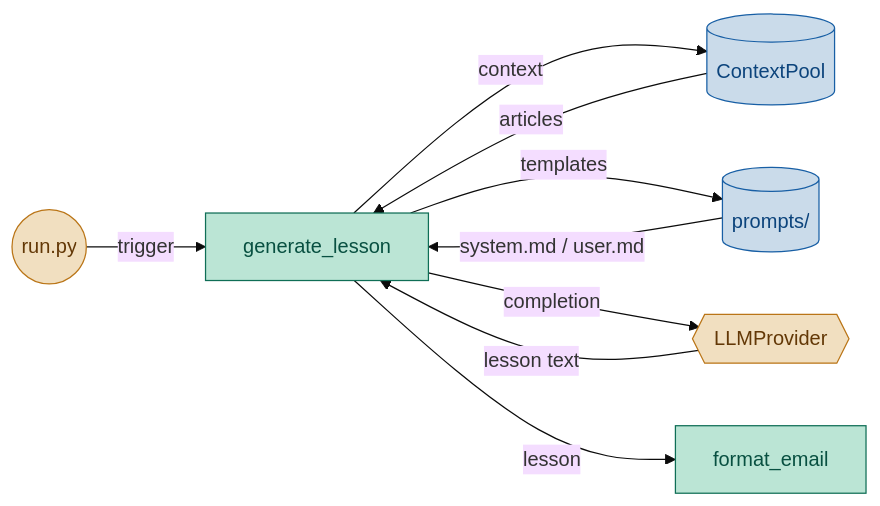
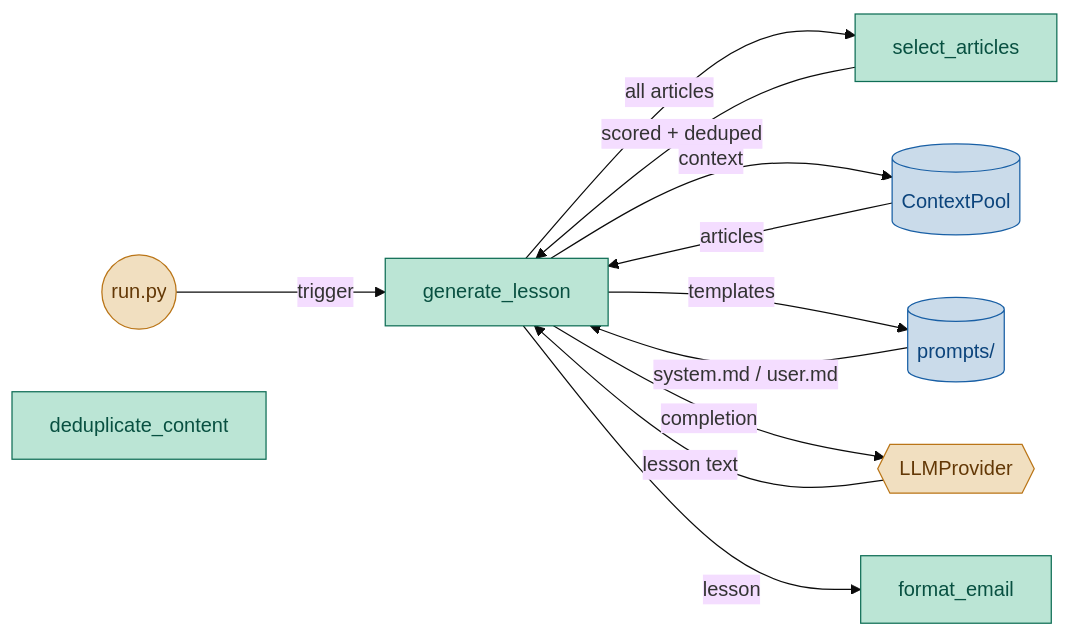
Before and after one commit to yunfei-ma/daglas: the diagram in tasks/lesson_generator.md, drawn with Mermaid (base theme). The commit also changed other lines of this file and 15 other files, not shown here.

````diff
--- a/tasks/lesson_generator.md
+++ b/tasks/lesson_generator.md
@@ -9,22 +9,26 @@
 ```mermaid
 graph LR
     classDef core    fill:#bbe5d5,stroke:#0F6E56,color:#085041
     classDef store   fill:#cadbea,stroke:#185FA5,color:#0C447C
     classDef external fill:#f1dfc0,stroke:#BA7517,color:#633806
 
     Run((run.py)):::external
     Generator[generate_lesson]:::core
+    Selector[select_articles]:::core
+    Deduper[deduplicate_content]:::core
     Pool[(ContextPool)]:::store
     Prompts[(prompts/)]:::store
     Provider{{LLMProvider}}:::external
     Formatter[format_email]:::core
 
     Run -->|trigger| Generator
+    Generator -->|all articles| Selector
+    Selector -->|scored + deduped| Generator
     Generator -->|context| Pool
     Pool -->|articles| Generator
     Generator -->|templates| Prompts
     Prompts -->|system.md / user.md| Generator
     Generator -->|completion| Provider
     Provider -->|lesson text| Generator
     Generator -->|lesson| Formatter
 ```
````
